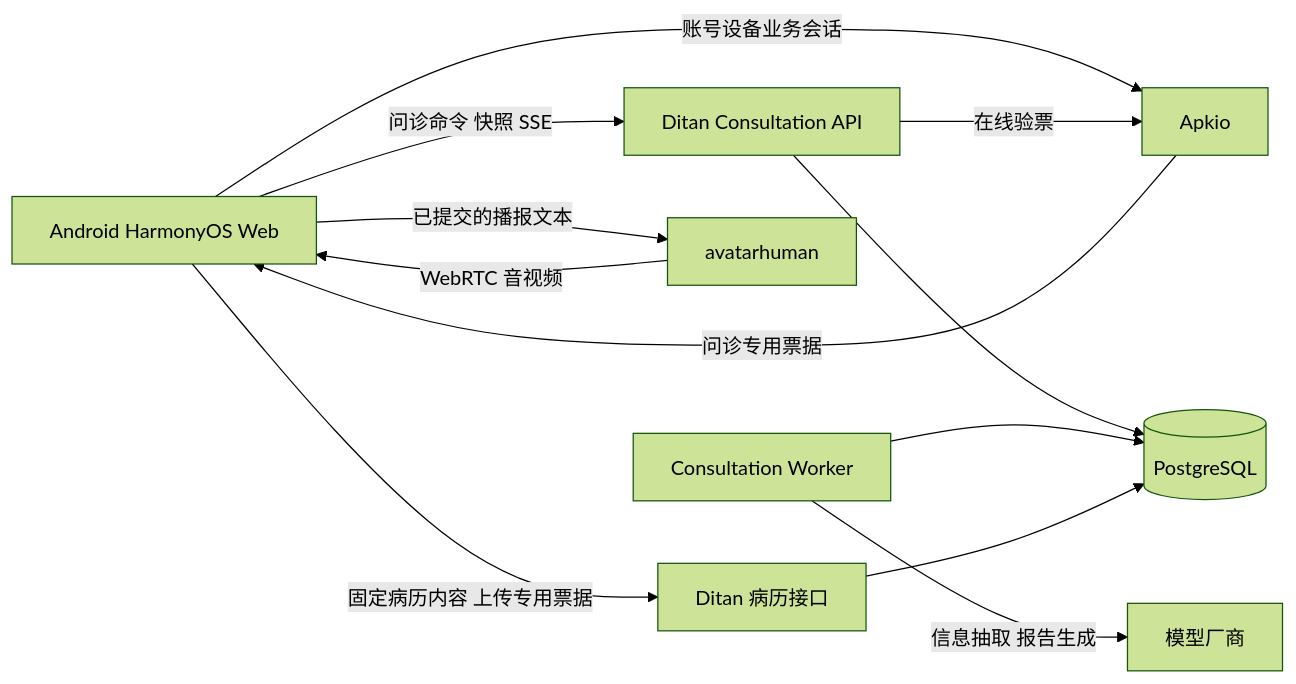
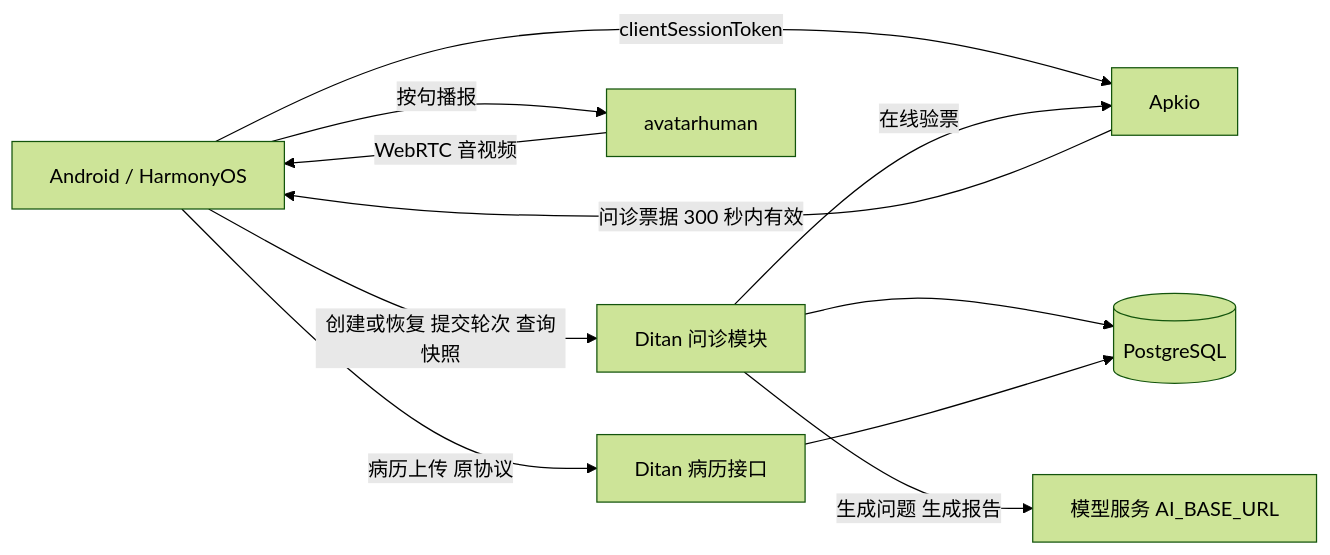
The first of 3 diagrams in docs/四诊问诊后端迁移设计.md (HuanyuTechTeam/avatarhuman), drawn with Mermaid (forest theme) before and after one commit. The commit also changed other lines of this file and 2 other files, not shown here.

````diff
--- a/docs/四诊问诊后端迁移设计.md
+++ b/docs/四诊问诊后端迁移设计.md
@@ -29,14 +71,13 @@
 ```mermaid
 flowchart LR
-    C[Android HarmonyOS Web] -->|账号设备业务会话| A[Apkio]
-    A -->|问诊专用票据| C
-    C -->|问诊命令 快照 SSE| Q[Ditan Consultation API]
+    C[Android / HarmonyOS] -->|clientSessionToken| A[Apkio]
+    A -->|问诊票据 300 秒内有效| C
+    C -->|创建或恢复 提交轮次 查询快照| Q[Ditan 问诊模块]
     Q -->|在线验票| A
     Q --> D[(PostgreSQL)]
-    W[Consultation Worker] --> D
-    W -->|信息抽取 报告生成| M[模型厂商]
-    C -->|已提交的播报文本| V[avatarhuman]
+    Q -->|生成问题 生成报告| M[模型服务 AI_BASE_URL]
+    C -->|按句播报| V[avatarhuman]
     V -->|WebRTC 音视频| C
-    C -->|固定病历内容 上传专用票据| R[Ditan 病历接口]
+    C -->|病历上传 原协议| R[Ditan 病历接口]
     R --> D
 ```
````
